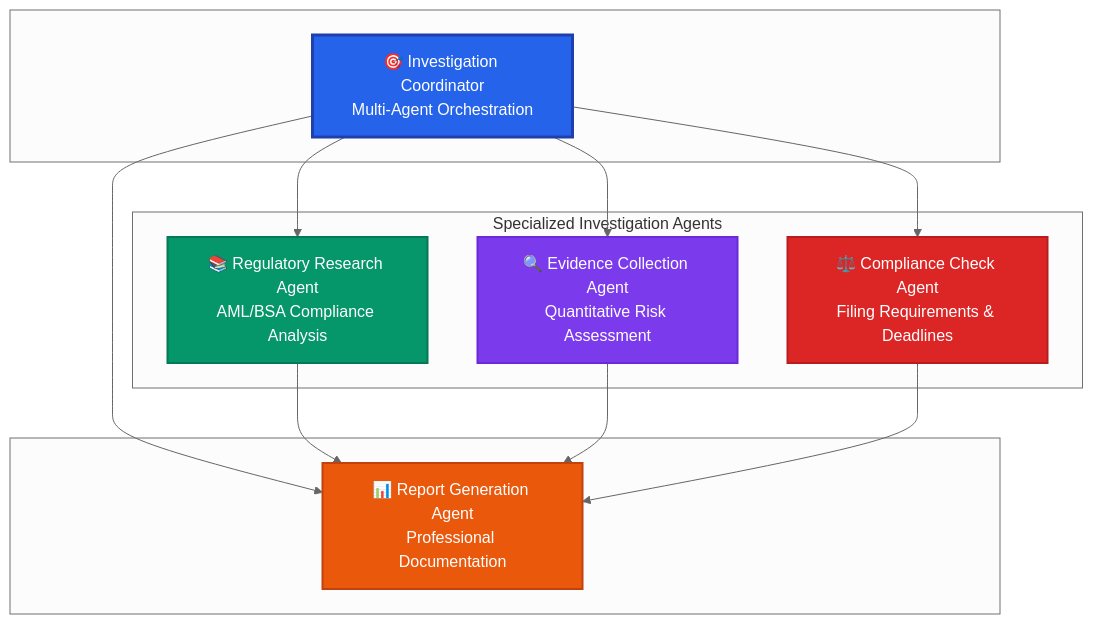
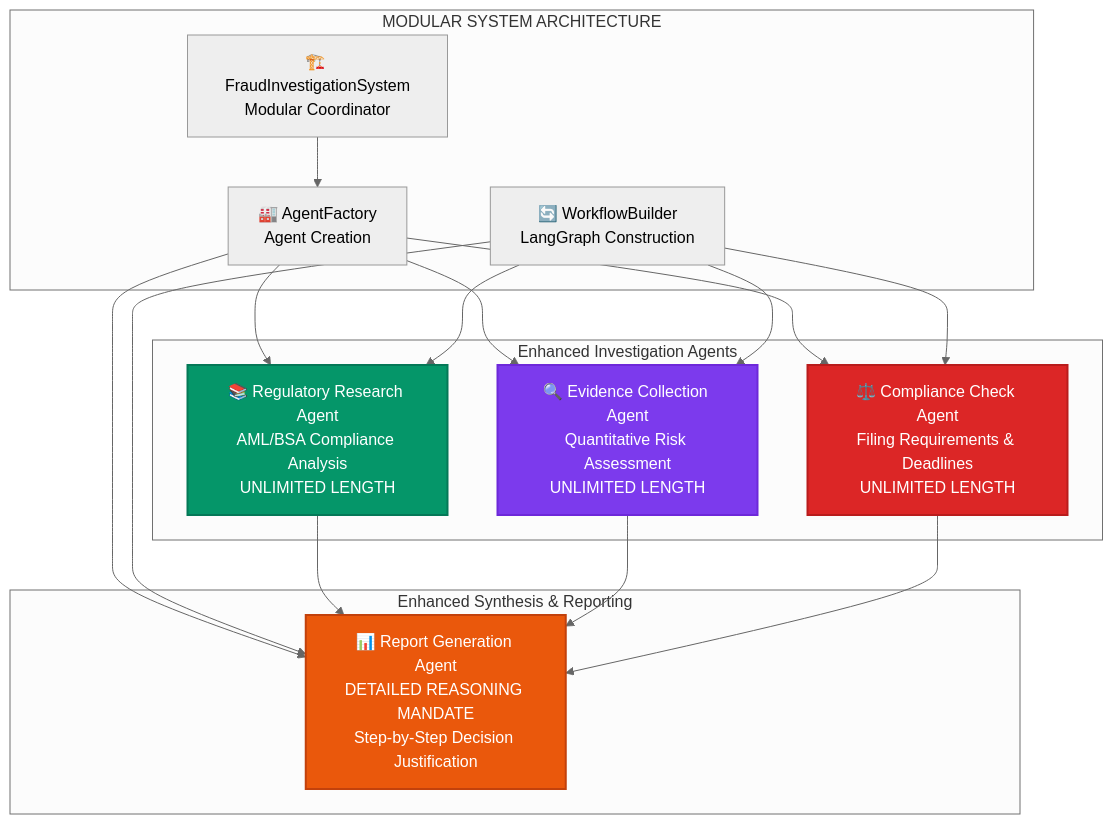
The first of 2 diagrams in docs/AGENT_PROMPTS.md (ovokpus/InvestigatorAI), drawn with Mermaid (neutral theme) before and after one commit. The commit also changed other lines of this file and 3 other files, not shown here.

````diff
--- a/docs/AGENT_PROMPTS.md
+++ b/docs/AGENT_PROMPTS.md
@@ -69,37 +69,45 @@
 ```mermaid
 graph TB
-    subgraph " "
-        IC["🎯 Investigation Coordinator<br/>Multi-Agent Orchestration"]
+    subgraph "MODULAR SYSTEM ARCHITECTURE"
+        FIS["🏗️ FraudInvestigationSystem<br/>Modular Coordinator"]
+        AF["🏭 AgentFactory<br/>Agent Creation"]
+        WB["🔄 WorkflowBuilder<br/>LangGraph Construction"]
     end
     
-    subgraph "Specialized Investigation Agents"
-        RRA["📚 Regulatory Research Agent<br/>AML/BSA Compliance Analysis"]
-        ECA["🔍 Evidence Collection Agent<br/>Quantitative Risk Assessment"]
-        CCA["⚖️ Compliance Check Agent<br/>Filing Requirements & Deadlines"]
+    subgraph "Enhanced Investigation Agents"
+        RRA["📚 Regulatory Research Agent<br/>AML/BSA Compliance Analysis<br/>UNLIMITED LENGTH"]
+        ECA["🔍 Evidence Collection Agent<br/>Quantitative Risk Assessment<br/>UNLIMITED LENGTH"]
+        CCA["⚖️ Compliance Check Agent<br/>Filing Requirements & Deadlines<br/>UNLIMITED LENGTH"]
     end
     
-    subgraph " "
-        RGA["📊 Report Generation Agent<br/>Professional Documentation"]
+    subgraph "Enhanced Synthesis & Reporting"
+        RGA["📊 Report Generation Agent<br/>DETAILED REASONING MANDATE<br/>Step-by-Step Decision Justification"]
     end
     
-    IC --> RRA
-    IC --> ECA
-    IC --> CCA
-    IC --> RGA
+    FIS --> AF
+    AF --> RRA
+    AF --> ECA
+    AF --> CCA
+    AF --> RGA
+    
+    WB --> RRA
+    WB --> ECA
+    WB --> CCA
+    WB --> RGA
     
     RRA --> RGA
     ECA --> RGA
     CCA --> RGA
     
     classDef coordinator fill:#2563eb,stroke:#1e40af,stroke-width:3px,color:#ffffff
     classDef analysis fill:#059669,stroke:#047857,stroke-width:2px,color:#ffffff
     classDef compliance fill:#dc2626,stroke:#b91c1c,stroke-width:2px,color:#ffffff
     classDef evidence fill:#7c3aed,stroke:#6d28d9,stroke-width:2px,color:#ffffff
     classDef reporting fill:#ea580c,stroke:#c2410c,stroke-width:2px,color:#ffffff
     
     class IC coordinator
     class RRA analysis
     class ECA evidence
     class CCA compliance
     class RGA reporting
 ```
````
